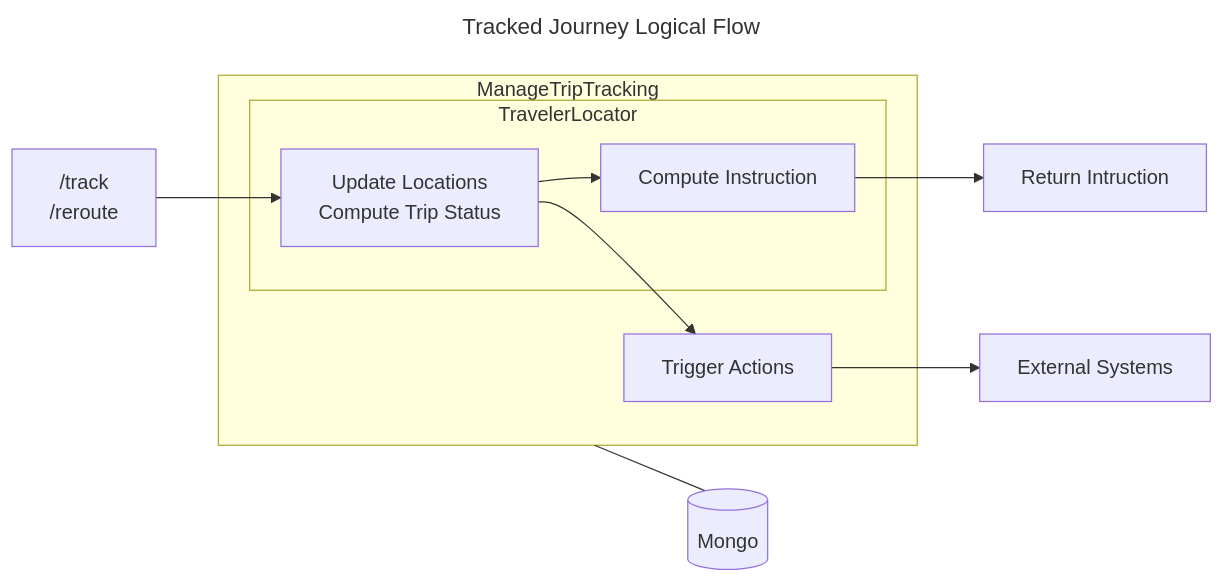
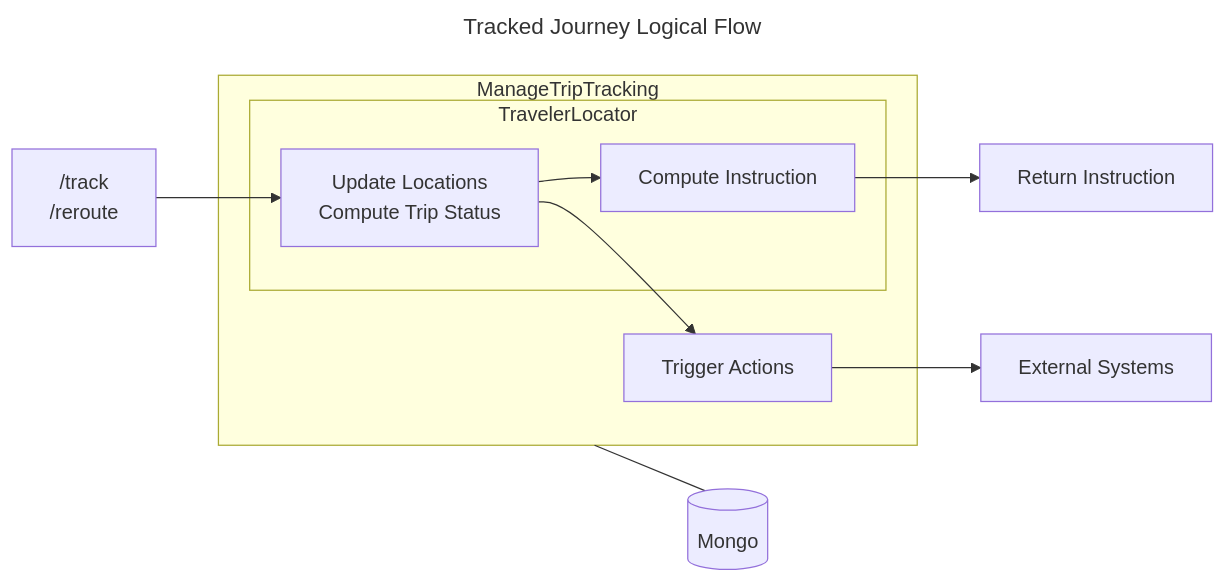
One commit to ibi-group/otp-middleware changed the third of 5 diagrams in docs/live-tracking.md. Above: the diagram before and after it, drawn with Mermaid. The commit also changed other lines of this file, not shown here.

Commit message:
docs(live-tracking): Add TravelerLocator flow.

````diff
--- a/docs/live-tracking.md
+++ b/docs/live-tracking.md
@@ -77,21 +77,21 @@
 ```mermaid
 ---
 title: Tracked Journey Logical Flow
 ---
 flowchart LR
     endpoint["/track<br>/reroute"]
     mongo[(Mongo)]
-    externalSystems["External Systems"]
+    externalSystems[External Systems]
     subgraph ManageTripTracking
         TravelerLocator
-        actions["Trigger Actions"]
+        actions[Trigger Actions]
     end
     subgraph TravelerLocator
-        computeStatus["Update Locations<br>Compute Trip Status"]
-        computeInstruction["Compute Instruction"]
+        computeStatus[Update Locations<br>Compute Trip Status]
+        computeInstruction[Compute Instruction]
     end
-    return["Return Intruction"]
+    return[Return Instruction]
     endpoint --> computeStatus --> computeInstruction --> return
     computeStatus --> actions --> externalSystems
     ManageTripTracking --- mongo
 ```
````
